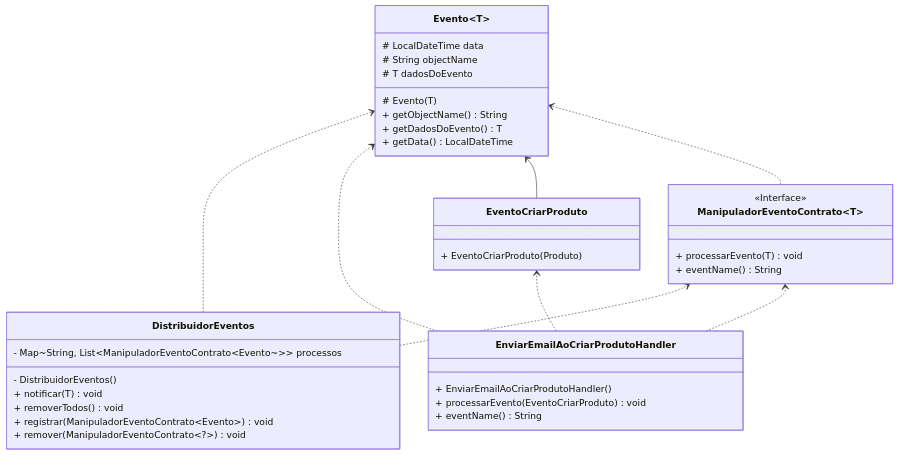
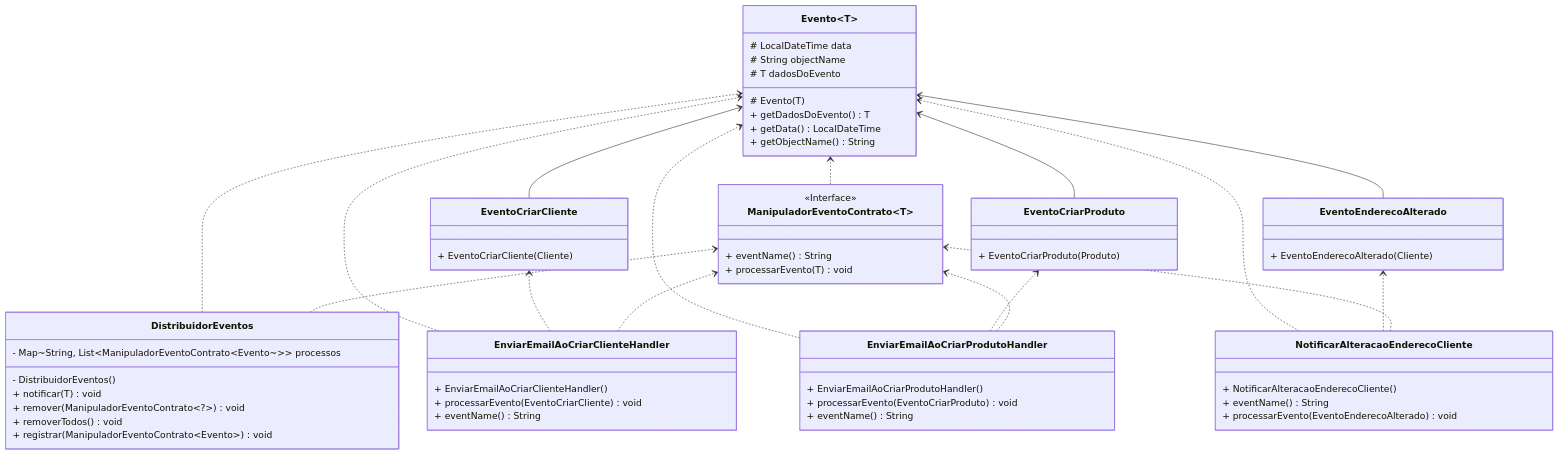
One commit to diegosneves/domain-driven-design changed the second of 9 diagrams in README.md. Above: the diagram before and after it, drawn with Mermaid. The commit also changed other lines of this file and 7 other files, not shown here.

````diff
--- a/README.md
+++ b/README.md
@@ -113,42 +113,67 @@
 ```mermaid
 classDiagram
 direction BT
 class DistribuidorEventos {
   - DistribuidorEventos() 
   - Map~String, List~ManipuladorEventoContrato~Evento~~~ processos
   + notificar(T) void
+  + remover(ManipuladorEventoContrato~?~) void
   + removerTodos() void
   + registrar(ManipuladorEventoContrato~Evento~) void
-  + remover(ManipuladorEventoContrato~?~) void
+}
+class EnviarEmailAoCriarClienteHandler {
+  + EnviarEmailAoCriarClienteHandler() 
+  + processarEvento(EventoCriarCliente) void
+  + eventName() String
 }
 class EnviarEmailAoCriarProdutoHandler {
   + EnviarEmailAoCriarProdutoHandler() 
   + processarEvento(EventoCriarProduto) void
   + eventName() String
 }
 class Evento~T~ {
   # Evento(T) 
   # LocalDateTime data
   # String objectName
   # T dadosDoEvento
-  + getObjectName() String
   + getDadosDoEvento() T
   + getData() LocalDateTime
+  + getObjectName() String
+}
+class EventoCriarCliente {
+  + EventoCriarCliente(Cliente) 
 }
 class EventoCriarProduto {
   + EventoCriarProduto(Produto) 
 }
+class EventoEnderecoAlterado {
+  + EventoEnderecoAlterado(Cliente) 
+}
 class ManipuladorEventoContrato~T~ {
 <<Interface>>
+  + eventName() String
   + processarEvento(T) void
+}
+class NotificarAlteracaoEnderecoCliente {
+  + NotificarAlteracaoEnderecoCliente() 
   + eventName() String
+  + processarEvento(EventoEnderecoAlterado) void
 }
 
 DistribuidorEventos  ..>  Evento~T~ 
 DistribuidorEventos  ..>  ManipuladorEventoContrato~T~ 
+EnviarEmailAoCriarClienteHandler  ..>  Evento~T~ 
+EnviarEmailAoCriarClienteHandler  ..>  EventoCriarCliente 
+EnviarEmailAoCriarClienteHandler  ..>  ManipuladorEventoContrato~T~ 
 EnviarEmailAoCriarProdutoHandler  ..>  Evento~T~ 
 EnviarEmailAoCriarProdutoHandler  ..>  EventoCriarProduto 
 EnviarEmailAoCriarProdutoHandler  ..>  ManipuladorEventoContrato~T~ 
+EventoCriarCliente  -->  Evento~T~ 
 EventoCriarProduto  -->  Evento~T~ 
+EventoEnderecoAlterado  -->  Evento~T~ 
 ManipuladorEventoContrato~T~  ..>  Evento~T~ 
+NotificarAlteracaoEnderecoCliente  ..>  Evento~T~ 
+NotificarAlteracaoEnderecoCliente  ..>  EventoEnderecoAlterado 
+NotificarAlteracaoEnderecoCliente  ..>  ManipuladorEventoContrato~T~ 
+
 ```
````
